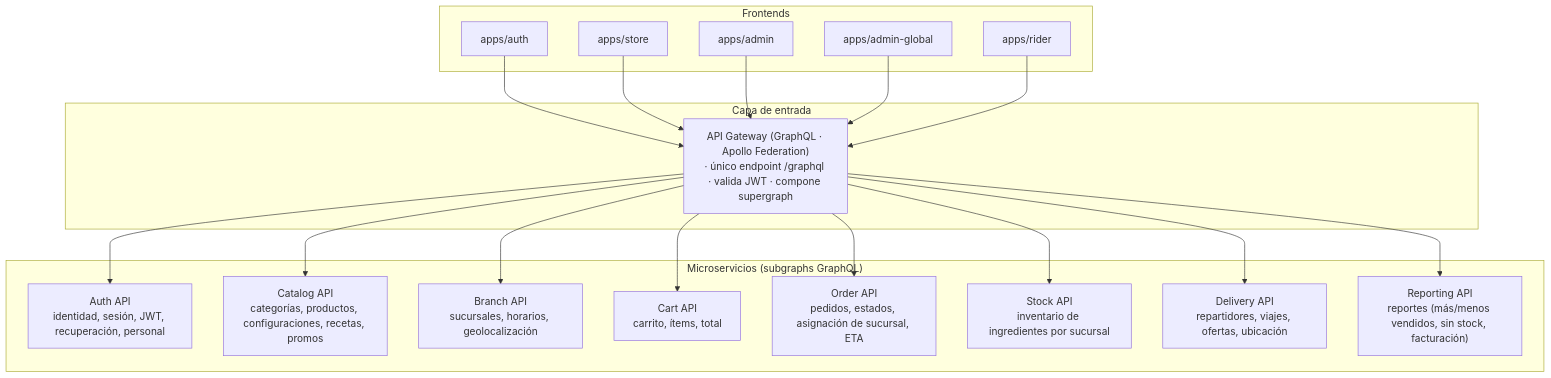
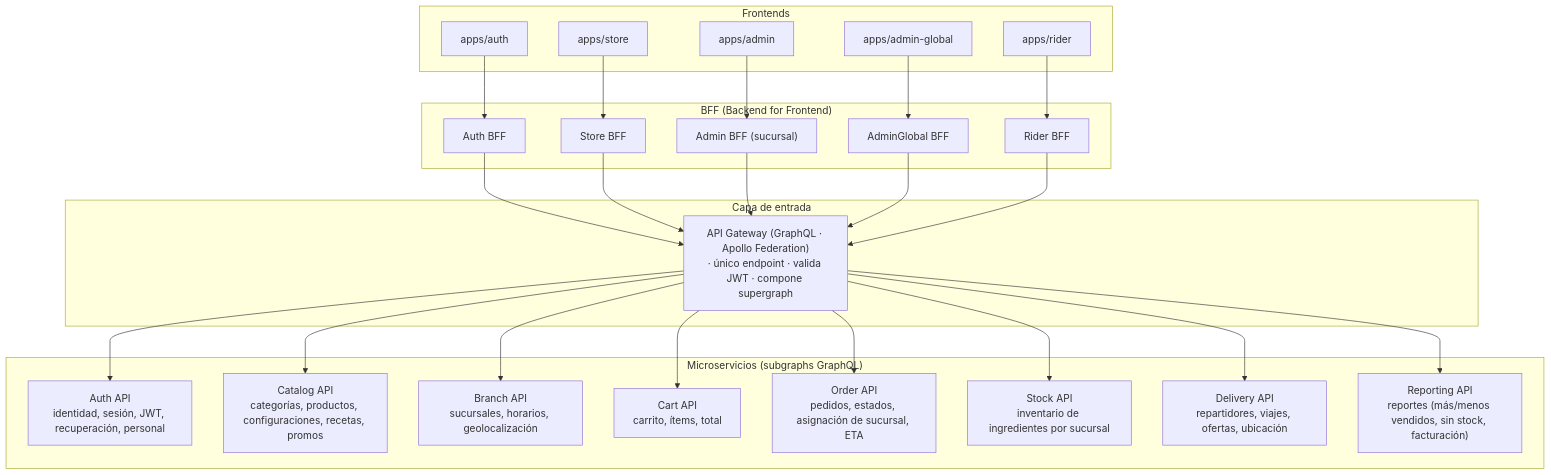
One commit to thomasbarenghi/desa-apps-prueba changed the first of 6 diagrams in plan/backend-microservicios-propuesta.md. Above: the diagram before and after it, drawn with Mermaid. The commit also changed other lines of this file and 2 other files, not shown here.

First line of the commit message:
docs: update functional and backend requirements to reflect BFF architecture

````diff
--- a/plan/backend-microservicios-propuesta.md
+++ b/plan/backend-microservicios-propuesta.md
@@ -15,40 +15,54 @@
 ```mermaid
 flowchart TB
     subgraph CLIENTS["Frontends"]
         AUTH_APP["apps/auth"]
         STORE["apps/store"]
         ADMIN["apps/admin"]
         ADMIN_GLOBAL["apps/admin-global"]
         RIDER["apps/rider"]
     end
 
-    subgraph EDGE["Capa de entrada"]
-        GW["API Gateway (GraphQL · Apollo Federation)\n· único endpoint /graphql · valida JWT · compone supergraph"]
+    subgraph BFFS["BFF (Backend for Frontend)"]
+        AUTH_BFF["Auth BFF"]
+        STORE_BFF["Store BFF"]
+        ADMIN_BFF["Admin BFF (sucursal)"]
+        ADMIN_GLOBAL_BFF["AdminGlobal BFF"]
+        RIDER_BFF["Rider BFF"]
     end
 
-    AUTH_APP --> GW
-    STORE --> GW
-    ADMIN --> GW
-    ADMIN_GLOBAL --> GW
-    RIDER --> GW
+    subgraph EDGE["Capa de entrada"]
+        GW["API Gateway (GraphQL · Apollo Federation)\n· único endpoint · valida JWT · compone supergraph"]
+    end
+
+    AUTH_APP --> AUTH_BFF
+    STORE --> STORE_BFF
+    ADMIN --> ADMIN_BFF
+    ADMIN_GLOBAL --> ADMIN_GLOBAL_BFF
+    RIDER --> RIDER_BFF
+
+    AUTH_BFF --> GW
+    STORE_BFF --> GW
+    ADMIN_BFF --> GW
+    ADMIN_GLOBAL_BFF --> GW
+    RIDER_BFF --> GW
 
     subgraph SERVICES["Microservicios (subgraphs GraphQL)"]
         AUTH["Auth API\nidentidad, sesión, JWT, recuperación, personal"]
         CATALOG["Catalog API\ncategorías, productos, configuraciones, recetas, promos"]
         BRANCH["Branch API\nsucursales, horarios, geolocalización"]
         CART["Cart API\ncarrito, ítems, total"]
         ORDER["Order API\npedidos, estados, asignación de sucursal, ETA"]
         STOCK["Stock API\ninventario de ingredientes por sucursal"]
         DELIVERY["Delivery API\nrepartidores, viajes, ofertas, ubicación"]
         REPORT["Reporting API\nreportes (más/menos vendidos, sin stock, facturación)"]
     end
 
     GW --> AUTH
     GW --> CATALOG
     GW --> BRANCH
     GW --> CART
     GW --> ORDER
     GW --> STOCK
     GW --> DELIVERY
     GW --> REPORT
 ```
````
